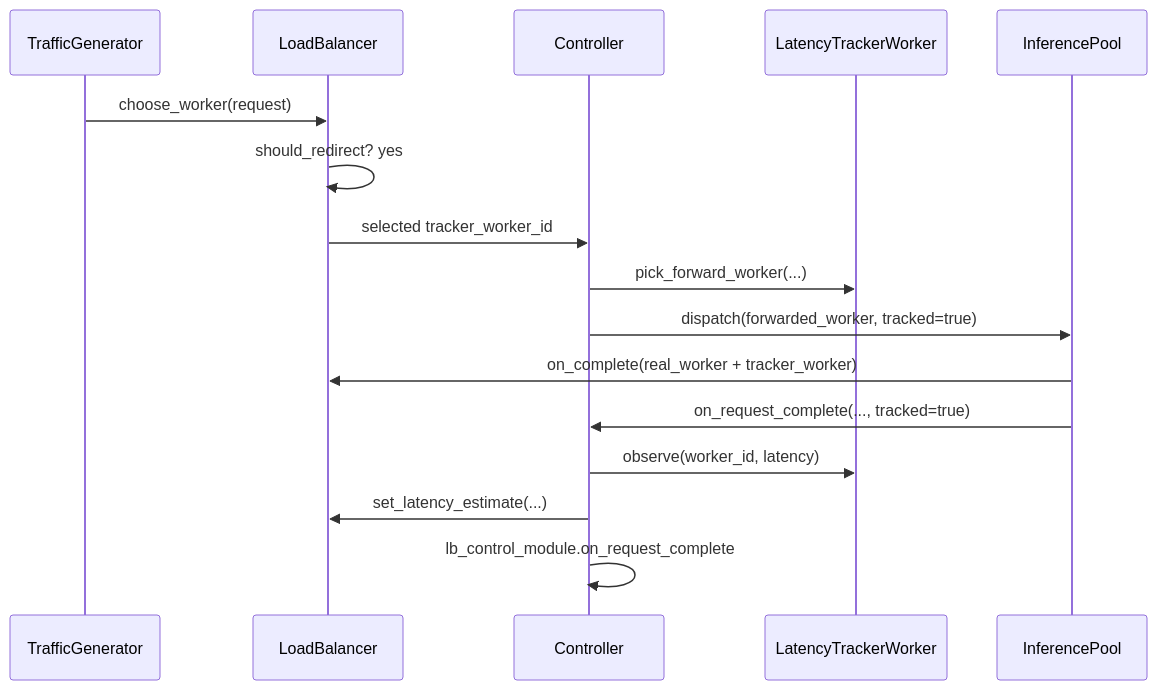
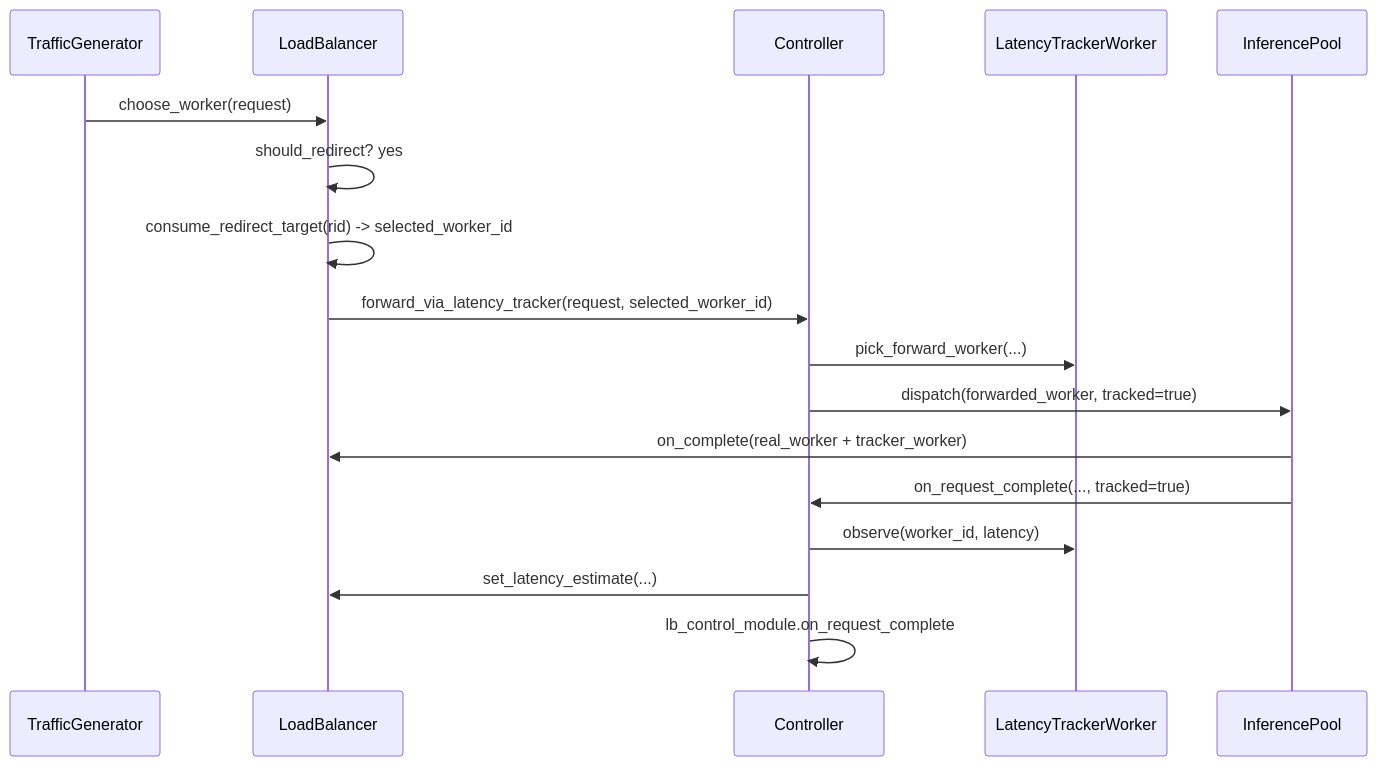
Before and after one commit to ahihi8z8z/lb-simulation: the second of 3 diagrams in docs/flow_diagrams.md, drawn with Mermaid. The commit also changed 3 other files, not shown here.

Commit message:
docs: align diagrams and control notes with implementation

````diff
--- a/docs/flow_diagrams.md
+++ b/docs/flow_diagrams.md
@@ -21,18 +21,19 @@
 ```mermaid
 sequenceDiagram
     participant TG as TrafficGenerator
     participant LB as LoadBalancer
     participant C as Controller
     participant LT as LatencyTrackerWorker
     participant IP as InferencePool
     TG->>LB: choose_worker(request)
     LB->>LB: should_redirect? yes
-    LB->>C: selected tracker_worker_id
+    LB->>LB: consume_redirect_target(rid) -> selected_worker_id
+    LB->>C: forward_via_latency_tracker(request, selected_worker_id)
     C->>LT: pick_forward_worker(...)
     C->>IP: dispatch(forwarded_worker, tracked=true)
     IP->>LB: on_complete(real_worker + tracker_worker)
     IP->>C: on_request_complete(..., tracked=true)
     C->>LT: observe(worker_id, latency)
     C->>LB: set_latency_estimate(...)
     C->>C: lb_control_module.on_request_complete
 ```
````
